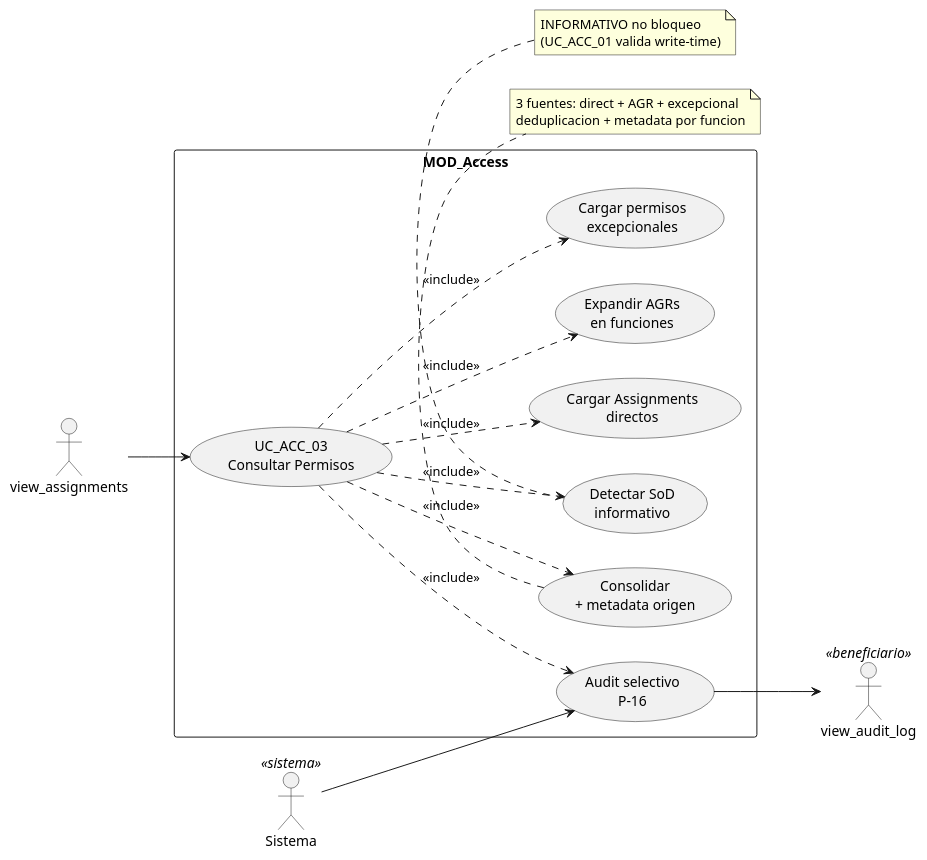
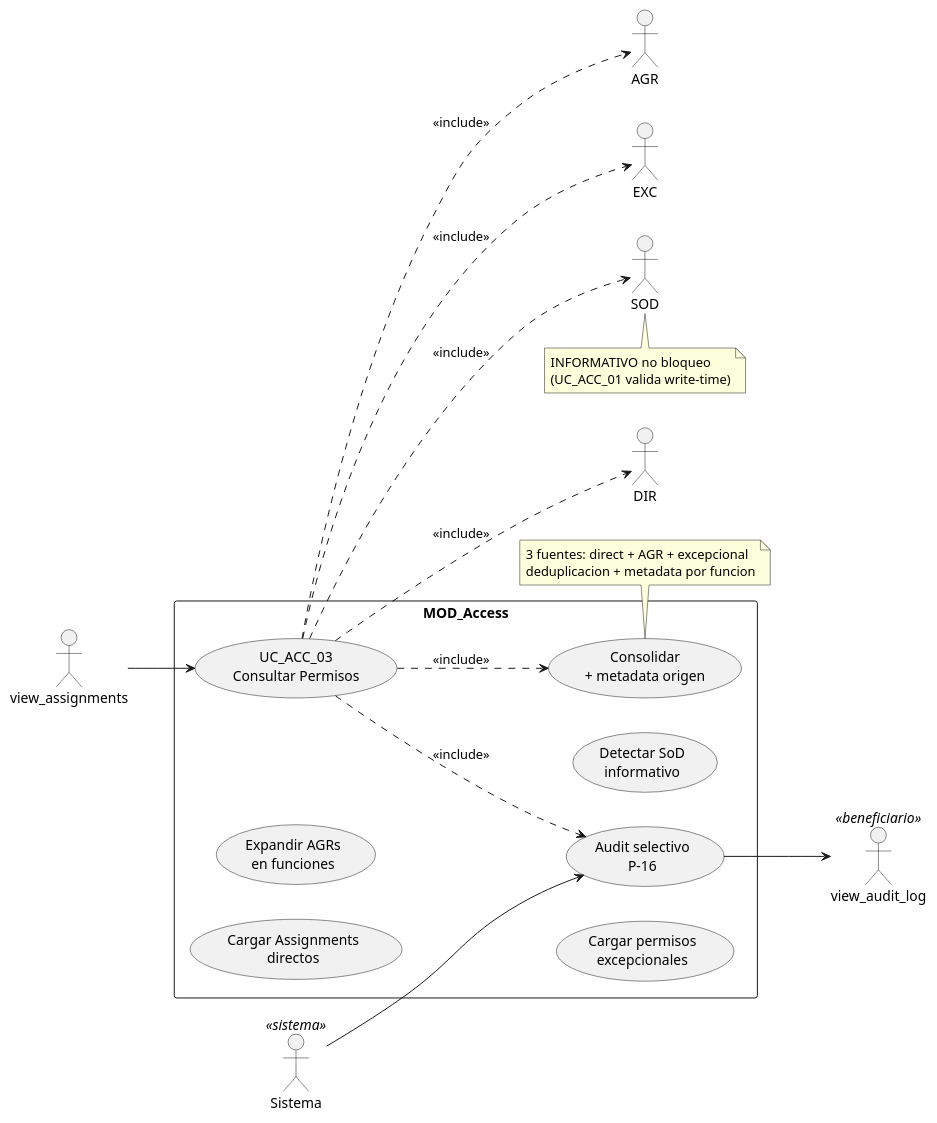
Before and after one commit to jcg-admin/IACT-docs: the diagram in source/requisitos/casos-uso/access/uc-acc-03/diagramas-uml/diagrama-de-caso-de-uso.rst, drawn with PlantUML. The commit also changed 47 other files, not shown here.

First line of the commit message:
Fix cryptic PlantUML aliases in UC and architecture files (STD_011)

```diff
--- a/source/requisitos/casos-uso/access/uc-acc-03/diagramas-uml/diagrama-de-caso-de-uso.rst
+++ b/source/requisitos/casos-uso/access/uc-acc-03/diagramas-uml/diagrama-de-caso-de-uso.rst
@@ -4,41 +4,41 @@
 .. uml::
  :caption: UC_ACC_03 — actores y casos asociados
 
  @startuml
 
  left to right direction
 
  actor "view_assignments" as INVOKER
  actor "view_audit_log" as view_audit_log <<beneficiario>>
  actor "Sistema" as Sistema <<sistema>>
 
  rectangle "MOD_Access" {
    usecase "UC_ACC_03\nConsultar Permisos" as UC03
-   usecase "Cargar Assignments\ndirectos" as DIR
-   usecase "Expandir AGRs\nen funciones" as AGR
-   usecase "Cargar permisos\nexcepcionales" as EXC
+   usecase "Cargar Assignments\ndirectos" as AsignacionesDirectas
+   usecase "Expandir AGRs\nen funciones" as GrupoAcceso
+   usecase "Cargar permisos\nexcepcionales" as ExcepcionSistema
    usecase "Consolidar\n+ metadata origen" as CONS
-   usecase "Detectar SoD\ninformativo" as SOD
+   usecase "Detectar SoD\ninformativo" as ValidadorSoD
    usecase "Audit selectivo\nP-16" as AUDS
  }
 
  INVOKER --> UC03
  UC03 ..> DIR : <<include>>
  UC03 ..> AGR : <<include>>
  UC03 ..> EXC : <<include>>
  UC03 ..> CONS : <<include>>
  UC03 ..> SOD : <<include>>
  UC03 ..> AUDS : <<include>>
  Sistema --> AUDS
  AUDS --> view_audit_log
 
  note bottom of CONS
    3 fuentes: direct + AGR + excepcional
    deduplicacion + metadata por funcion
  end note
  note bottom of SOD
    INFORMATIVO no bloqueo
    (UC_ACC_01 valida write-time)
  end note
 
  @enduml
```
